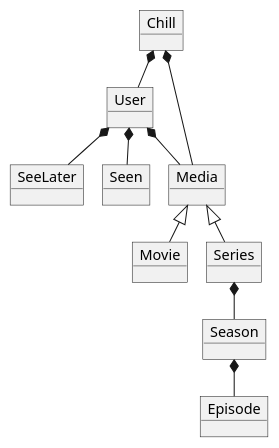
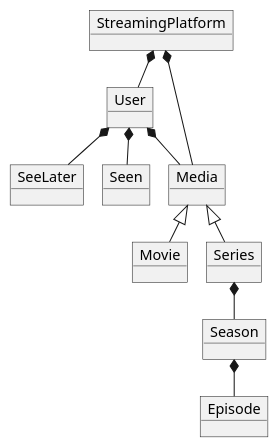
The diagram in doc/domainmodel.puml (niki03125/SP3), drawn with PlantUML before and after one commit. The commit also changed 1 other file, not shown here.

Commit message:
Small fixes Chill -> StreamingPlatform

```diff
--- a/doc/domainmodel.puml
+++ b/doc/domainmodel.puml
@@ -1,27 +1,27 @@
 @startuml
 !pragma layout smetana
 
-object Chill
+object StreamingPlatform
 object User
 object SeeLater
 object Seen
 object Media
 object Movie
 object Series
 object Season
 object Episode
 
-Chill *-- Media
+StreamingPlatform *-- Media
 User *-- SeeLater
 User *-- Seen
 User *-- Media
 
 Media <|-- Movie
 Media <|-- Series
 Series *-- Season
 Season *-- Episode
 
-Chill *-- User
+StreamingPlatform *-- User
 
 
 @enduml
```
